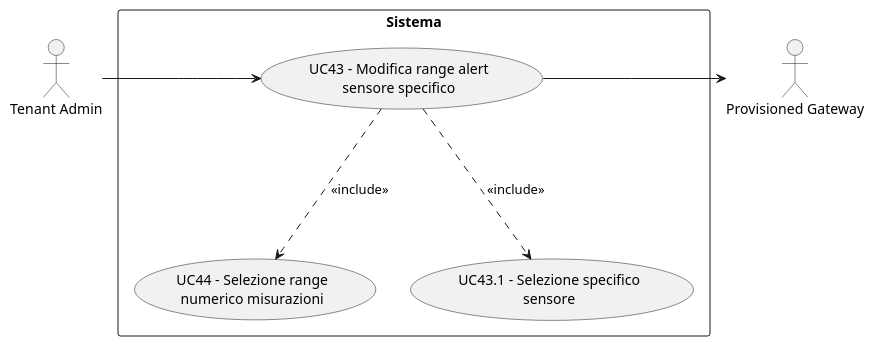
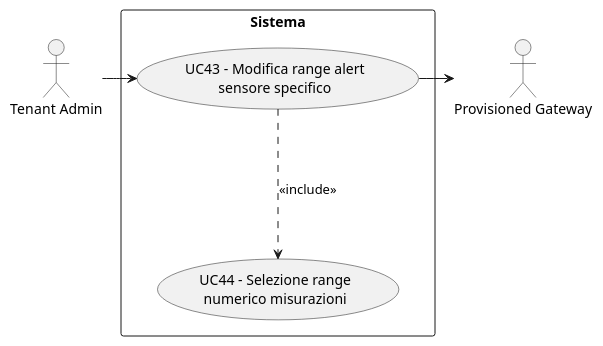
The diagram in docs/12-rtb/docest/analisi_requisiti/puml_output/cloud/modifica_range_sensore.puml (NoTIPswe/RepoDocumentale), drawn with PlantUML before and after one commit. The commit also changed 17 other files, not shown here.

```diff
--- a/docs/12-rtb/docest/analisi_requisiti/puml_output/cloud/modifica_range_sensore.puml
+++ b/docs/12-rtb/docest/analisi_requisiti/puml_output/cloud/modifica_range_sensore.puml
@@ -1,20 +1,18 @@
 @startuml
 skinparam wrapWidth 200
 skinparam MaxMessageSize 150
 top to bottom direction
 skinparam packageStyle rectangle
 
 actor "Provisioned Gateway" as CA_p_gway
 actor "Tenant Admin" as CA_tenant_adm
 
 rectangle "Sistema" {
     usecase "UC43 - Modifica range alert sensore specifico" as modifica_range_sensore
     usecase "UC44 - Selezione range numerico misurazioni" as selezione_range_numerico
-    usecase "UC43.1 - Selezione specifico sensore" as selezione_specifico_sensore
 }
 
 CA_tenant_adm -right-> modifica_range_sensore
 modifica_range_sensore -right-> CA_p_gway
-modifica_range_sensore -down..> selezione_specifico_sensore : <<include>>
 modifica_range_sensore -down..> selezione_range_numerico : <<include>>
 @enduml
```
